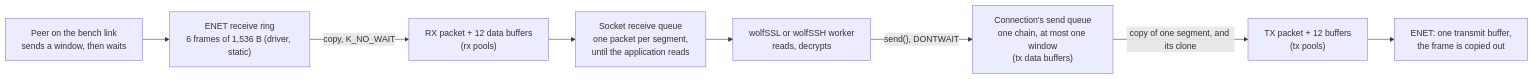
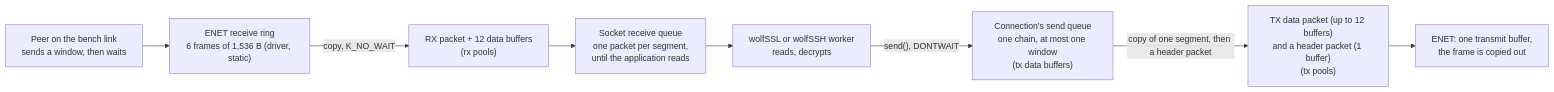
The diagram in docs/rt1060-bench-network-buffers.md (wonny-labs/crux-pilot), drawn with Mermaid before and after one commit. The commit also changed other lines of this file and 12 other files, not shown here.

````diff
--- a/docs/rt1060-bench-network-buffers.md
+++ b/docs/rt1060-bench-network-buffers.md
@@ -41,10 +41,10 @@
 ```mermaid
 flowchart LR
     peer["Peer on the bench link<br/>sends a window, then waits"] --> ring["ENET receive ring<br/>6 frames of 1,536 B (driver, static)"]
     ring -->|"copy, K_NO_WAIT"| rxpkt["RX packet + 12 data buffers<br/>(rx pools)"]
     rxpkt --> q["Socket receive queue<br/>one packet per segment,<br/>until the application reads"]
     q --> app["wolfSSL or wolfSSH worker<br/>reads, decrypts"]
     app -->|"send(), DONTWAIT"| sd["Connection's send queue<br/>one chain, at most one window<br/>(tx data buffers)"]
-    sd -->|"copy of one segment, and its clone"| txpkt["TX packet + 12 buffers<br/>(tx pools)"]
+    sd -->|"copy of one segment, then a header packet"| txpkt["TX data packet (up to 12 buffers)<br/>and a header packet (1 buffer)<br/>(tx pools)"]
     txpkt --> eth["ENET: one transmit buffer,<br/>the frame is copied out"]
 ```
````
